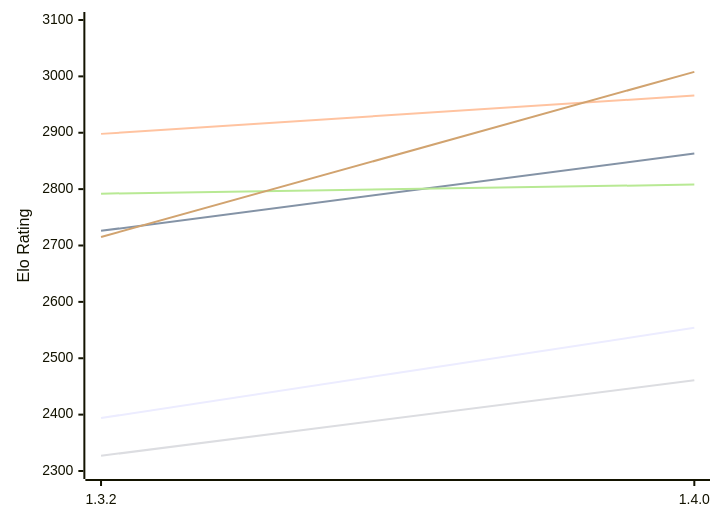
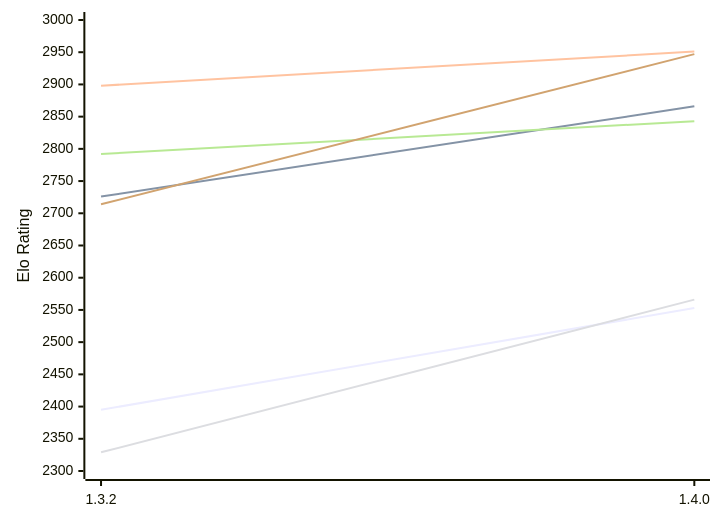
The diagram in engines/Maharajah.md (computer-chess-index/cci), drawn with Mermaid before and after one commit. The commit also changed other lines of this file, not shown here.

Commit message:
Update CCI Ratings (ELO VLTC) - 2026-11-19

````diff
--- a/engines/Maharajah.md
+++ b/engines/Maharajah.md
@@ -49,12 +49,12 @@
 ```mermaid
 %%{init: {"theme":"base","themeVariables":{"seriesColors:['#a3a3a3','#222221','#faa371']}}}%%
 xychart-beta
   x-axis ["1.3.2", "1.4.0"]
-  y-axis "Elo Rating" 2300 --> 3100
-  line "E1: STC (8.0+0.08s)" [2394, 2554]
-  line "E1: LTC (60.0+0.60s)" [2726, 2863]
-  line "E1: VLTC (2m24s+1.12s)" [2898, 2966]
-  line "P1: STC (8.0+0.08s)" [2327, 2461]
-  line "P1: LTC (60.0+0.60s)" [2792, 2808]
-  line "P1: VLTC (2m24s+1.12s)" [2715, 3008]
+  y-axis "Elo Rating" 2300 --> 3000
+  line "E1: STC (8.0+0.08s)" [2395, 2553]
+  line "E1: LTC (60.0+0.60s)" [2726, 2866]
+  line "E1: VLTC (2m24s+1.12s)" [2898, 2951]
+  line "P1: STC (8.0+0.08s)" [2329, 2566]
+  line "P1: LTC (60.0+0.60s)" [2792, 2843]
+  line "P1: VLTC (2m24s+1.12s)" [2714, 2947]
 ```
````
